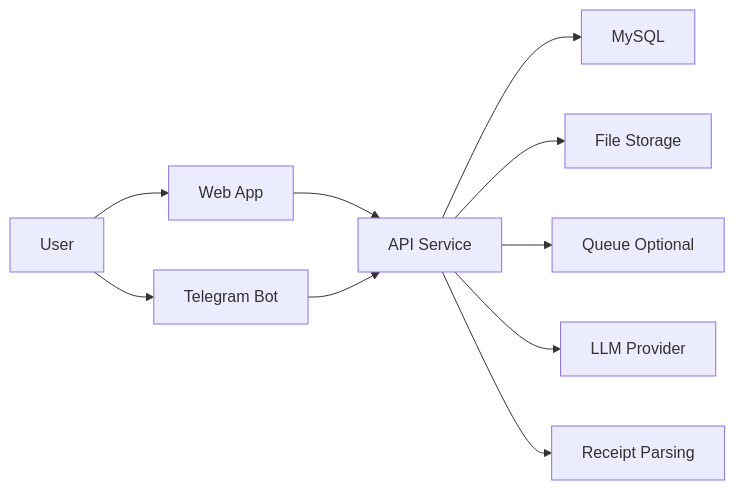
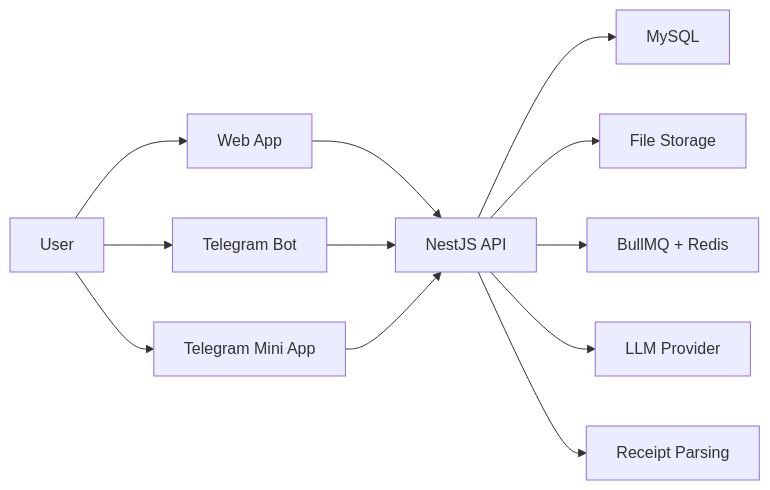
The first of 5 diagrams in IMPLEMENTATION-PLAN.md (Aleksei-Michnik/myfinpro), drawn with Mermaid before and after one commit. The commit also changed other lines of this file, not shown here.

First line of the commit message:
docs: update implementation plan with API-first JWT auth, cross-cutting concerns, and phase dependency chart

````diff
--- a/IMPLEMENTATION-PLAN.md
+++ b/IMPLEMENTATION-PLAN.md
@@ -22,12 +30,14 @@
 ```mermaid
 flowchart LR
   user[User] --> web[Web App]
   user --> tg[Telegram Bot]
-  web --> api[API Service]
+  user --> mini[Telegram Mini App]
+  web --> api[NestJS API]
   tg --> api
+  mini --> api
   api --> db[MySQL]
   api --> fs[File Storage]
-  api --> mq[Queue Optional]
+  api --> mq[BullMQ + Redis]
   api --> llm[LLM Provider]
   api --> ocr[Receipt Parsing]
 ```
````
